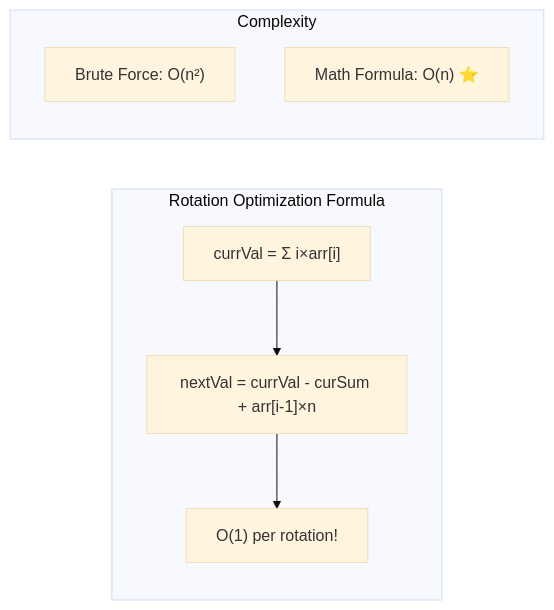
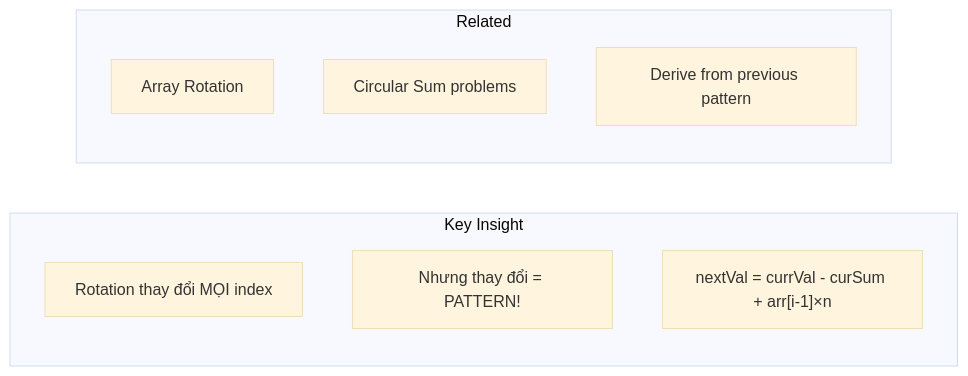
The second of 9 diagrams in algo-pratice/array/medium/Max Sum Rotation.md (delta94e/MD-front-end), drawn with Mermaid (base theme) before and after one commit. The commit also changed other lines of this file and 67 other files, not shown here.

````diff
--- a/algo-pratice/array/medium/Max Sum Rotation.md
+++ b/algo-pratice/array/medium/Max Sum Rotation.md
@@ -24,12 +24,14 @@
 ```mermaid
 graph LR
-    subgraph "Rotation Optimization Formula"
-        F1["currVal = Σ i×arr[i]"] --> F2["nextVal = currVal - curSum + arr[i-1]×n"]
-        F2 --> F3["O(1) per rotation!"]
+    subgraph "Key Insight"
+        K1["Rotation thay đổi MỌI index"]
+        K2["Nhưng thay đổi = PATTERN!"]
+        K3["nextVal = currVal - curSum + arr[i-1]×n"]
     end
 
-    subgraph "Complexity"
-        C1["Brute Force: O(n²)"]
-        C2["Math Formula: O(n) ⭐"]
+    subgraph "Related"
+        R1["Array Rotation"]
+        R2["Circular Sum problems"]
+        R3["Derive from previous pattern"]
     end
 ```
````
